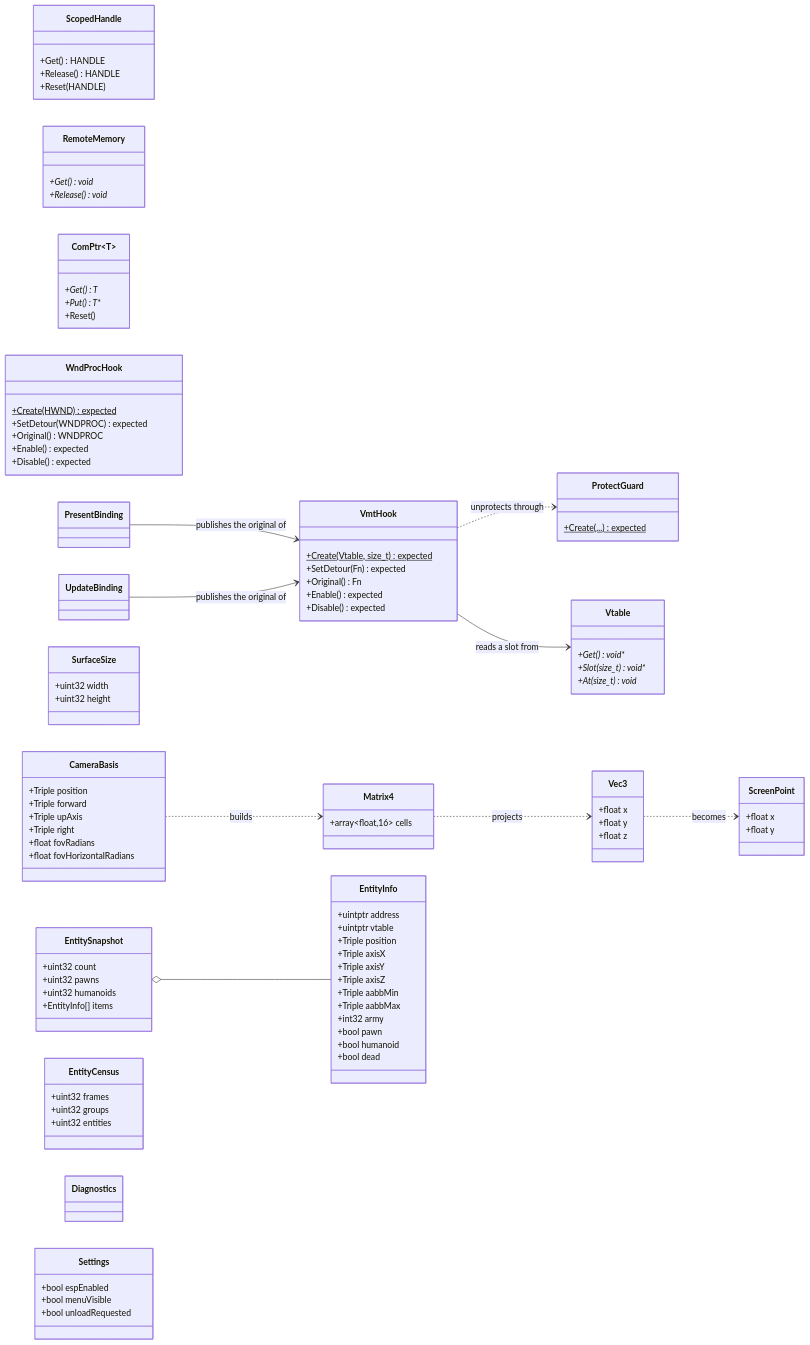
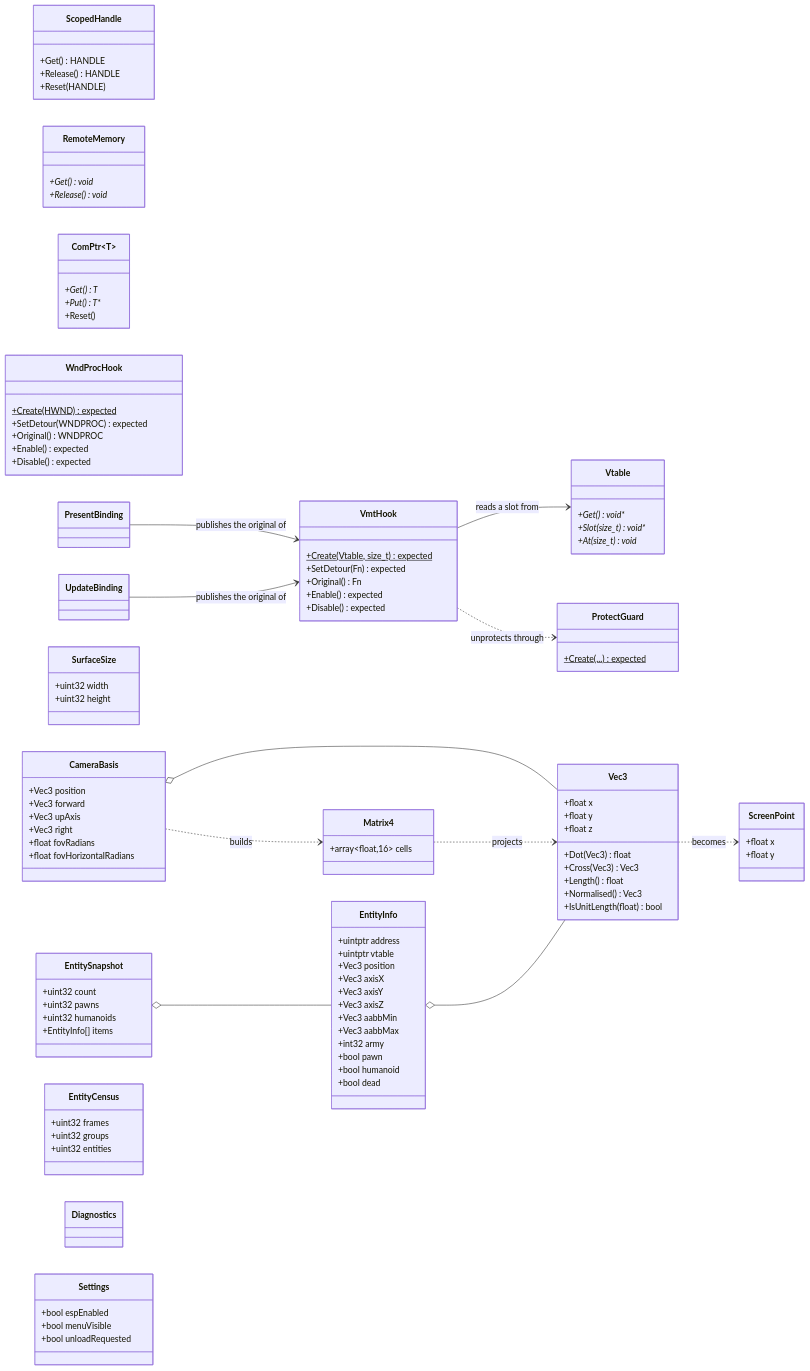
Before and after one commit to kxigor/AimbotFramework: the second of 2 diagrams in README.md, drawn with Mermaid. The commit also changed other lines of this file and 26 other files, not shown here.

```diff
--- a/README.md
+++ b/README.md
@@ -197,6 +206,11 @@
     +float x
     +float y
     +float z
+    +Dot(Vec3) float
+    +Cross(Vec3) Vec3
+    +Length() float
+    +Normalised() Vec3
+    +IsUnitLength(float) bool
   }
   class ScreenPoint {
     +float x
@@ -207,22 +221,22 @@
   }
 
   class CameraBasis {
-    +Triple position
-    +Triple forward
-    +Triple upAxis
-    +Triple right
+    +Vec3 position
+    +Vec3 forward
+    +Vec3 upAxis
+    +Vec3 right
     +float fovRadians
     +float fovHorizontalRadians
   }
   class EntityInfo {
     +uintptr address
     +uintptr vtable
-    +Triple position
-    +Triple axisX
-    +Triple axisY
-    +Triple axisZ
-    +Triple aabbMin
-    +Triple aabbMax
+    +Vec3 position
+    +Vec3 axisX
+    +Vec3 axisY
+    +Vec3 axisZ
+    +Vec3 aabbMin
+    +Vec3 aabbMax
     +int32 army
     +bool pawn
     +bool humanoid
@@ -251,6 +265,8 @@
   PresentBinding --> VmtHook : publishes the original of
   UpdateBinding --> VmtHook : publishes the original of
   EntitySnapshot o-- EntityInfo
+  CameraBasis o-- Vec3
+  EntityInfo o-- Vec3
   CameraBasis ..> Matrix4 : builds
   Matrix4 ..> Vec3 : projects
   Vec3 ..> ScreenPoint : becomes
```
